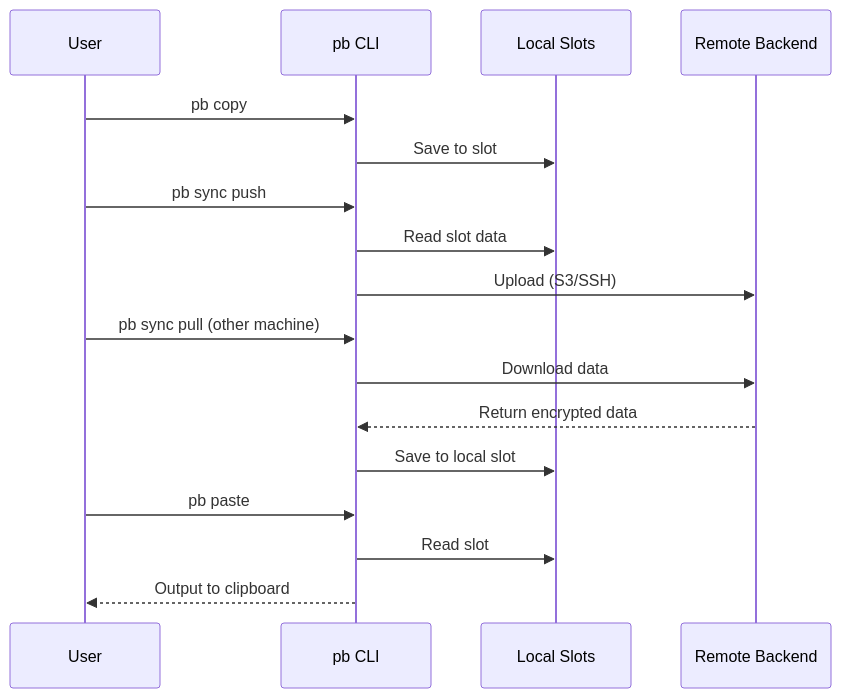
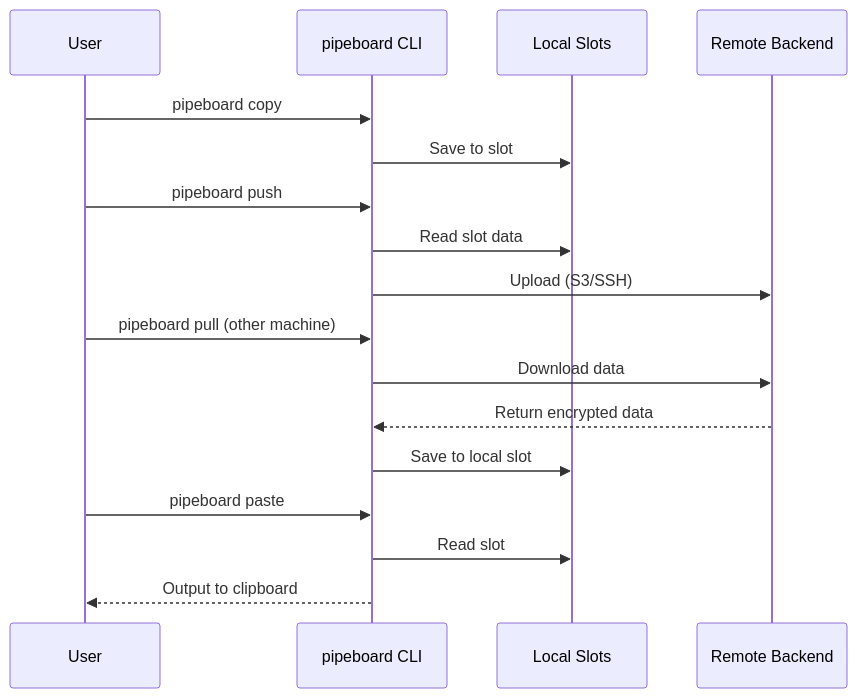
One commit to blackwell-systems/pipeboard changed the fifth of 11 diagrams in docs/architecture.md. Above: the diagram before and after it, drawn with Mermaid. The commit also changed other lines of this file and 1 other file, not shown here.

````diff
--- a/docs/architecture.md
+++ b/docs/architecture.md
@@ -137,23 +137,23 @@
 ```mermaid
 sequenceDiagram
     participant User
-    participant CLI as pb CLI
+    participant CLI as pipeboard CLI
     participant Local as Local Slots
     participant Remote as Remote Backend
 
-    User->>CLI: pb copy
+    User->>CLI: pipeboard copy
     CLI->>Local: Save to slot
 
-    User->>CLI: pb sync push
+    User->>CLI: pipeboard push
     CLI->>Local: Read slot data
     CLI->>Remote: Upload (S3/SSH)
 
-    User->>CLI: pb sync pull (other machine)
+    User->>CLI: pipeboard pull (other machine)
     CLI->>Remote: Download data
     Remote-->>CLI: Return encrypted data
     CLI->>Local: Save to local slot
 
-    User->>CLI: pb paste
+    User->>CLI: pipeboard paste
     CLI->>Local: Read slot
     CLI-->>User: Output to clipboard
 ```
````
